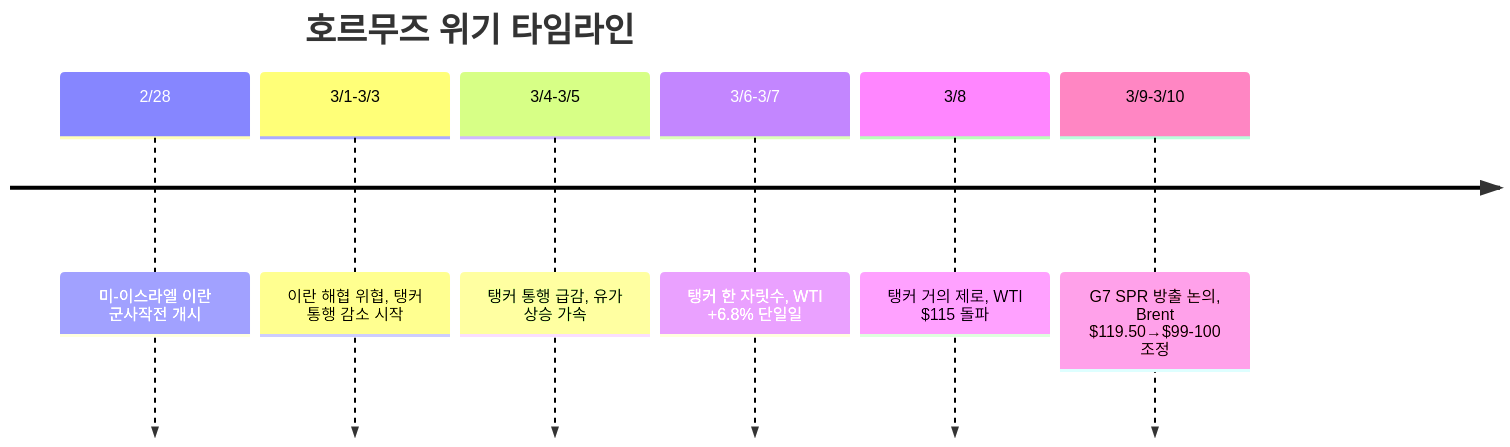
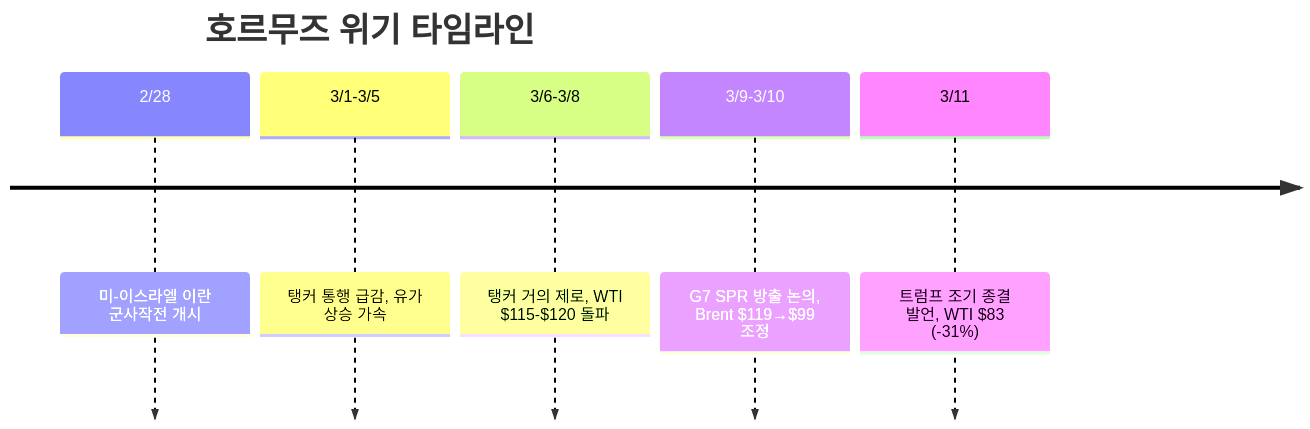
Before and after one commit to dss99911/dss99911.github.io: the second of 10 diagrams in _posts/knowledge/invest/2026-03-07-energy-sector-outlook-2026.md, drawn with Mermaid. The commit also changed other lines of this file and 6 other files, not shown here.

````diff
--- a/_posts/knowledge/invest/2026-03-07-energy-sector-outlook-2026.md
+++ b/_posts/knowledge/invest/2026-03-07-energy-sector-outlook-2026.md
@@ -74,10 +79,9 @@
 ```mermaid
 timeline
     title 호르무즈 위기 타임라인
     2/28 : 미-이스라엘 이란 군사작전 개시
-    3/1-3/3 : 이란 해협 위협, 탱커 통행 감소 시작
-    3/4-3/5 : 탱커 통행 급감, 유가 상승 가속
-    3/6-3/7 : 탱커 한 자릿수, WTI +6.8% 단일일
-    3/8 : 탱커 거의 제로, WTI $115 돌파
-    3/9-3/10 : G7 SPR 방출 논의, Brent $119.50→$99-100 조정
+    3/1-3/5 : 탱커 통행 급감, 유가 상승 가속
+    3/6-3/8 : 탱커 거의 제로, WTI $115-$120 돌파
+    3/9-3/10 : G7 SPR 방출 논의, Brent $119→$99 조정
+    3/11 : 트럼프 조기 종결 발언, WTI $83 (-31%)
 ```
````
